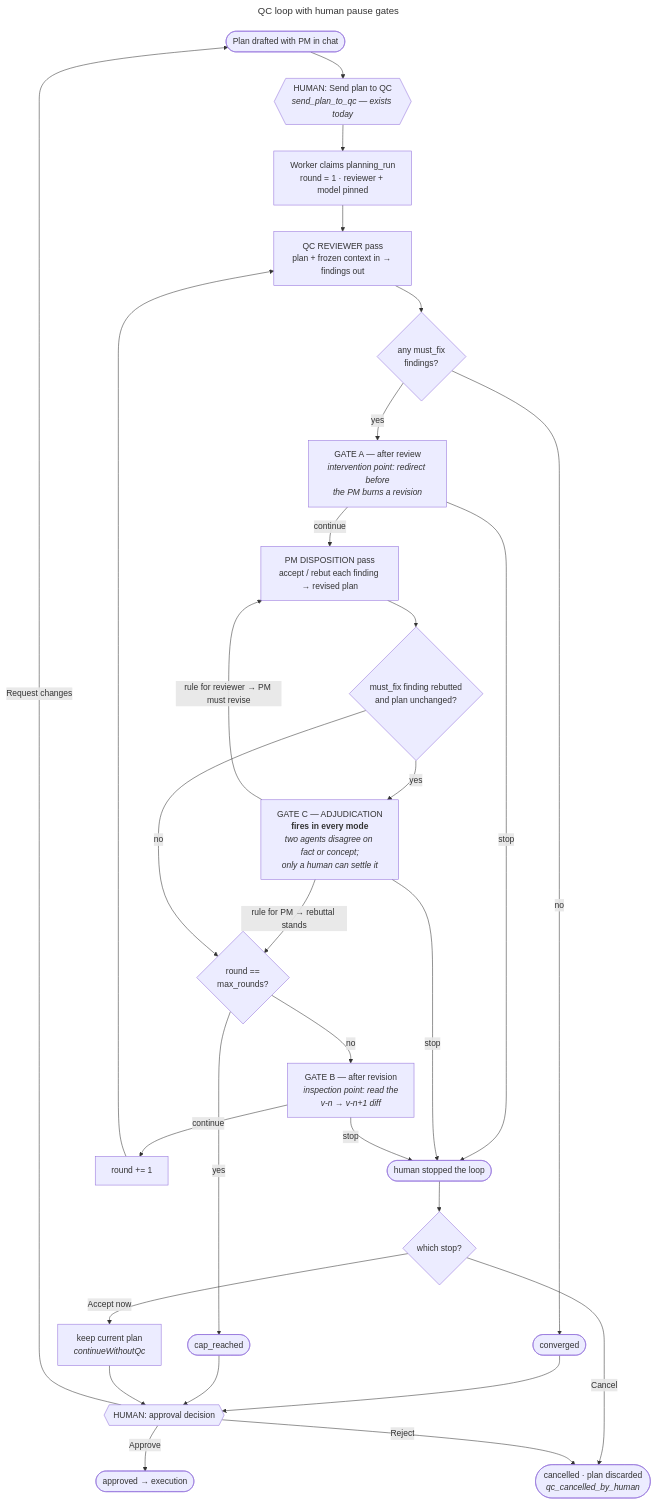
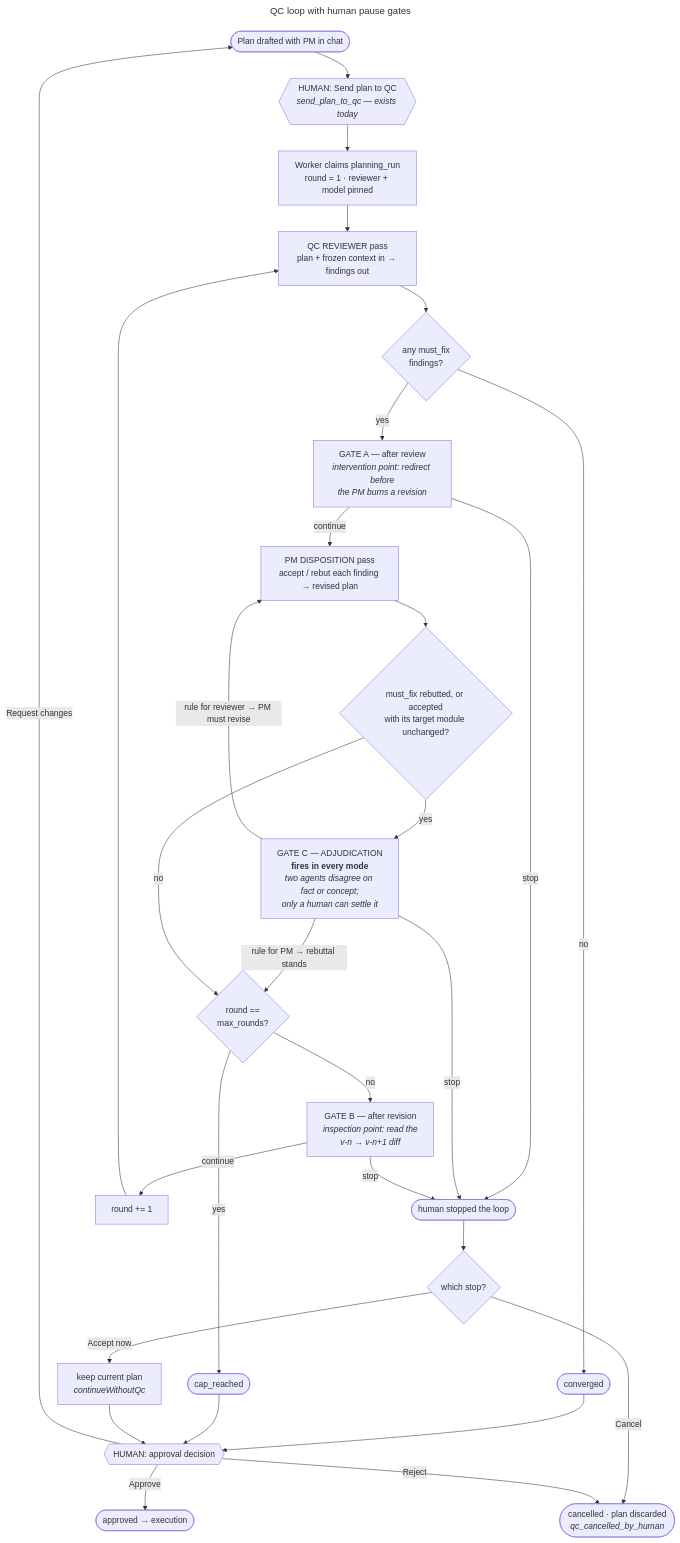
One commit to ruggerdude/TheNorns changed the first of 2 diagrams in docs/QC-PAUSE-POINTS.md. Above: the diagram before and after it, drawn with Mermaid. The commit also changed other lines of this file, not shown here.

````diff
--- a/docs/QC-PAUSE-POINTS.md
+++ b/docs/QC-PAUSE-POINTS.md
@@ -40,47 +40,47 @@
 ```mermaid
 ---
 title: "QC loop with human pause gates"
 ---
 flowchart TD
     start(["Plan drafted with PM in chat"]) --> gate0{{"HUMAN: Send plan to QC<br/><i>send_plan_to_qc — exists today</i>"}}
     gate0 --> claim["Worker claims planning_run<br/>round = 1 · reviewer + model pinned"]
     claim --> rev["QC REVIEWER pass<br/>plan + frozen context in → findings out"]
 
     rev --> conv{"any must_fix<br/>findings?"}
     conv -->|no| converged(["converged"])
 
     conv -->|yes| gateA["GATE A — after review<br/><i>intervention point: redirect before<br/>the PM burns a revision</i>"]
     gateA -->|"stop"| out
     gateA -->|"continue"| pm
 
     pm["PM DISPOSITION pass<br/>accept / rebut each finding → revised plan"]
-    pm --> rebut{"must_fix finding rebutted<br/>and plan unchanged?"}
+    pm --> rebut{"must_fix rebutted, or accepted<br/>with its target module unchanged?"}
 
     rebut -->|yes| gateC["GATE C — ADJUDICATION<br/><b>fires in every mode</b><br/><i>two agents disagree on fact or concept;<br/>only a human can settle it</i>"]
     gateC -->|"rule for reviewer → PM must revise"| pm
     gateC -->|"rule for PM → rebuttal stands"| cap
     gateC -->|"stop"| out
 
     rebut -->|no| cap
     cap{"round ==<br/>max_rounds?"}
     cap -->|yes| capped(["cap_reached"])
 
     cap -->|no| gateB["GATE B — after revision<br/><i>inspection point: read the<br/>v-n → v-n+1 diff</i>"]
     gateB -->|"stop"| out
     gateB -->|"continue"| next["round += 1"]
     next --> rev
 
     out(["human stopped the loop"])
     out --> acceptOrCancel{"which stop?"}
     acceptOrCancel -->|"Accept now"| keep["keep current plan<br/><i>continueWithoutQc</i>"]
     acceptOrCancel -->|"Cancel"| cancelled(["cancelled · plan discarded<br/><i>qc_cancelled_by_human</i>"])
 
     converged --> approve
     capped --> approve
     keep --> approve
 
     approve{{"HUMAN: approval decision"}}
     approve -->|"Approve"| exec(["approved → execution"])
     approve -->|"Request changes"| start
     approve -->|"Reject"| cancelled
 ```
````
